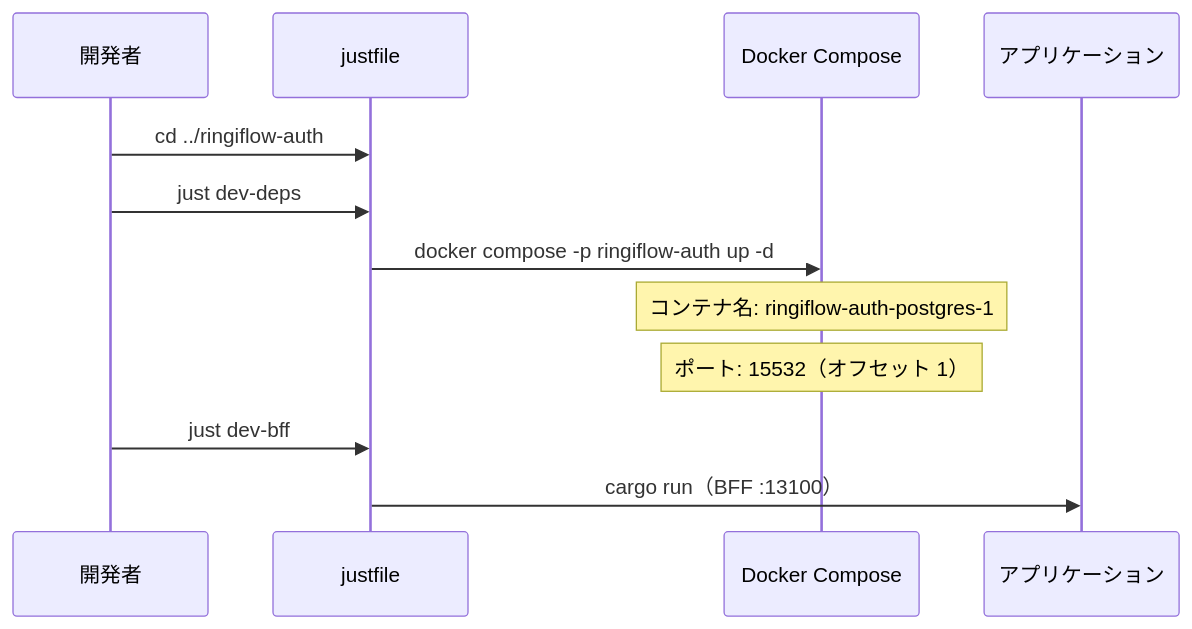
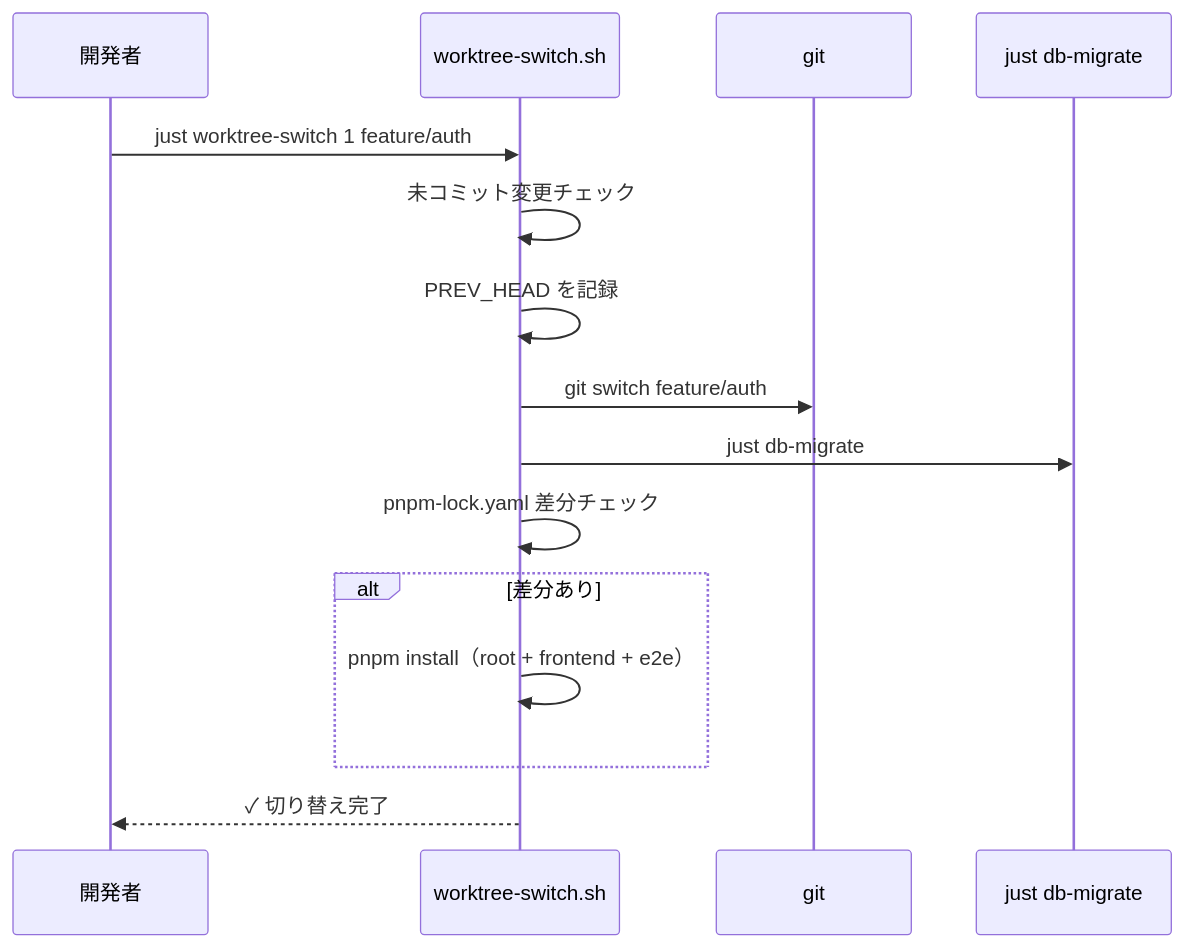
The third of 4 diagrams in docs/07_実装解説/03_並行開発環境/01_並行開発環境_機能解説.md (ka2kama/ringiflow), drawn with Mermaid before and after one commit. The commit also changed other lines of this file and 14 other files, not shown here.

````diff
--- a/docs/07_実装解説/03_並行開発環境/01_並行開発環境_機能解説.md
+++ b/docs/07_実装解説/03_並行開発環境/01_並行開発環境_機能解説.md
@@ -95,15 +101,18 @@
 ```mermaid
 sequenceDiagram
     participant User as 開発者
-    participant Just as justfile
-    participant Docker as Docker Compose
-    participant App as アプリケーション
+    participant Script as worktree-switch.sh
+    participant Git as git
+    participant Just as just db-migrate
 
-    User->>Just: cd ../ringiflow-auth
-    User->>Just: just dev-deps
-    Just->>Docker: docker compose -p ringiflow-auth up -d
-    Note over Docker: コンテナ名: ringiflow-auth-postgres-1
-    Note over Docker: ポート: 15532（オフセット 1）
-    User->>Just: just dev-bff
-    Just->>App: cargo run（BFF :13100）
+    User->>Script: just worktree-switch 1 feature/auth
+    Script->>Script: 未コミット変更チェック
+    Script->>Script: PREV_HEAD を記録
+    Script->>Git: git switch feature/auth
+    Script->>Just: just db-migrate
+    Script->>Script: pnpm-lock.yaml 差分チェック
+    alt 差分あり
+        Script->>Script: pnpm install（root + frontend + e2e）
+    end
+    Script-->>User: ✓ 切り替え完了
 ```
````
